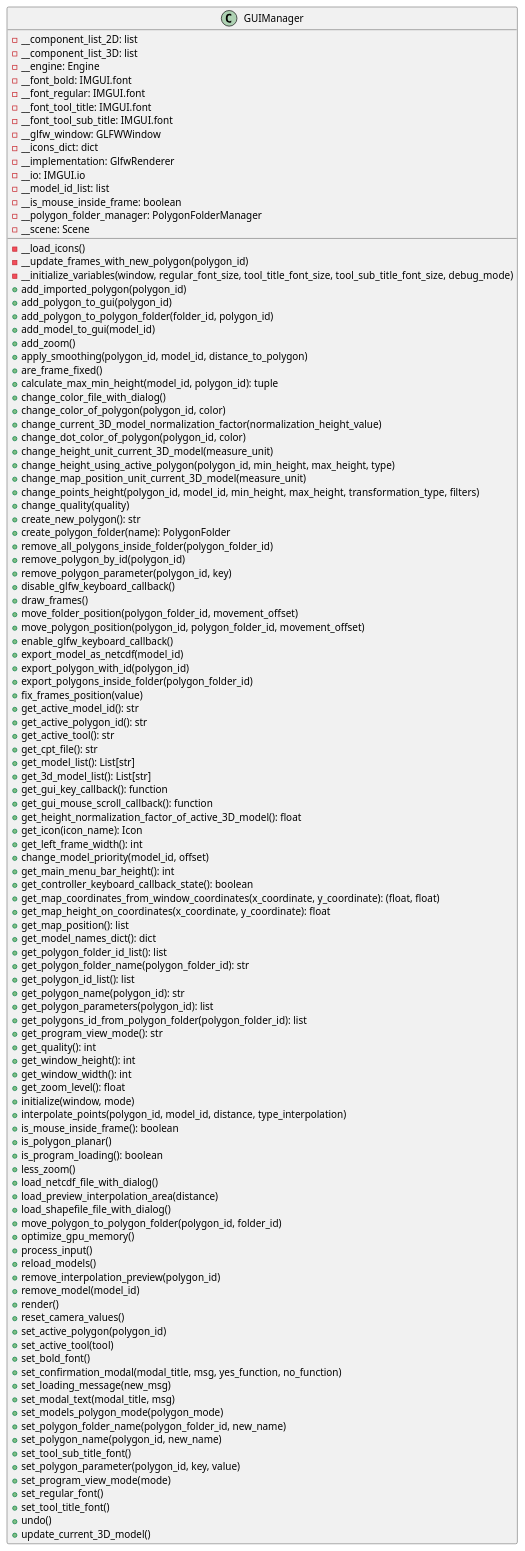
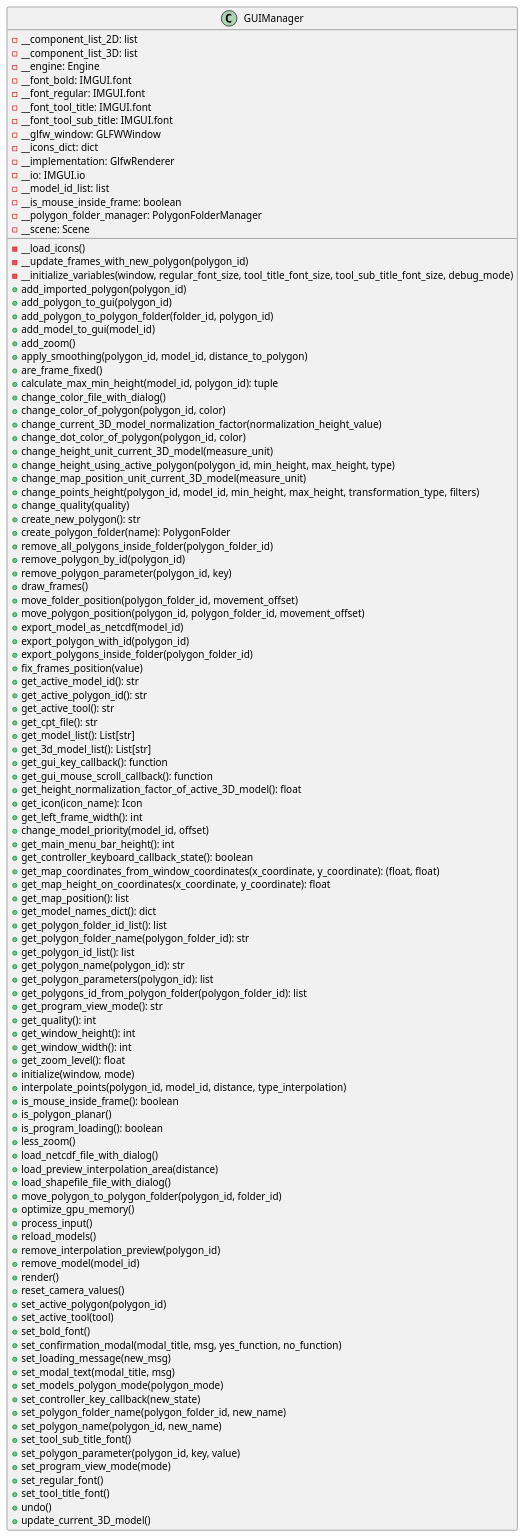
Before and after one commit to ferpoble2/Relief_Creator: the diagram in docs/classes/GUIManager.puml, drawn with PlantUML. The commit also changed 11 other files, not shown here.

First line of the commit message:
Changed enable/disable method to set.

```diff
--- a/docs/classes/GUIManager.puml
+++ b/docs/classes/GUIManager.puml
@@ -1,117 +1,116 @@
 @startuml
 'https://plantuml.com/class-diagram
 class GUIManager{
     - __component_list_2D: list
     - __component_list_3D: list
     - __engine: Engine
     - __font_bold: IMGUI.font
     - __font_regular: IMGUI.font
     - __font_tool_title: IMGUI.font
     - __font_tool_sub_title: IMGUI.font
     - __glfw_window: GLFWWindow
     - __icons_dict: dict
     - __implementation: GlfwRenderer
     - __io: IMGUI.io
     - __model_id_list: list
     - __is_mouse_inside_frame: boolean
     - __polygon_folder_manager: PolygonFolderManager
     - __scene: Scene
 
     - __load_icons()
     - __update_frames_with_new_polygon(polygon_id)
     - __initialize_variables(window, regular_font_size, tool_title_font_size, tool_sub_title_font_size, debug_mode)
     + add_imported_polygon(polygon_id)
     + add_polygon_to_gui(polygon_id)
     + add_polygon_to_polygon_folder(folder_id, polygon_id)
     + add_model_to_gui(model_id)
     + add_zoom()
     + apply_smoothing(polygon_id, model_id, distance_to_polygon)
     + are_frame_fixed()
     + calculate_max_min_height(model_id, polygon_id): tuple
     + change_color_file_with_dialog()
     + change_color_of_polygon(polygon_id, color)
     + change_current_3D_model_normalization_factor(normalization_height_value)
     + change_dot_color_of_polygon(polygon_id, color)
     + change_height_unit_current_3D_model(measure_unit)
     + change_height_using_active_polygon(polygon_id, min_height, max_height, type)
     + change_map_position_unit_current_3D_model(measure_unit)
     + change_points_height(polygon_id, model_id, min_height, max_height, transformation_type, filters)
     + change_quality(quality)
     + create_new_polygon(): str
     + create_polygon_folder(name): PolygonFolder
     + remove_all_polygons_inside_folder(polygon_folder_id)
     + remove_polygon_by_id(polygon_id)
     + remove_polygon_parameter(polygon_id, key)
-    + disable_glfw_keyboard_callback()
     + draw_frames()
     + move_folder_position(polygon_folder_id, movement_offset)
     + move_polygon_position(polygon_id, polygon_folder_id, movement_offset)
-    + enable_glfw_keyboard_callback()
     + export_model_as_netcdf(model_id)
     + export_polygon_with_id(polygon_id)
     + export_polygons_inside_folder(polygon_folder_id)
     + fix_frames_position(value)
     + get_active_model_id(): str
     + get_active_polygon_id(): str
     + get_active_tool(): str
     + get_cpt_file(): str
     + get_model_list(): List[str]
     + get_3d_model_list(): List[str]
     + get_gui_key_callback(): function
     + get_gui_mouse_scroll_callback(): function
     + get_height_normalization_factor_of_active_3D_model(): float
     + get_icon(icon_name): Icon
     + get_left_frame_width(): int
     + change_model_priority(model_id, offset)
     + get_main_menu_bar_height(): int
     + get_controller_keyboard_callback_state(): boolean
     + get_map_coordinates_from_window_coordinates(x_coordinate, y_coordinate): (float, float)
     + get_map_height_on_coordinates(x_coordinate, y_coordinate): float
     + get_map_position(): list
     + get_model_names_dict(): dict
     + get_polygon_folder_id_list(): list
     + get_polygon_folder_name(polygon_folder_id): str
     + get_polygon_id_list(): list
     + get_polygon_name(polygon_id): str
     + get_polygon_parameters(polygon_id): list
     + get_polygons_id_from_polygon_folder(polygon_folder_id): list
     + get_program_view_mode(): str
     + get_quality(): int
     + get_window_height(): int
     + get_window_width(): int
     + get_zoom_level(): float
     + initialize(window, mode)
     + interpolate_points(polygon_id, model_id, distance, type_interpolation)
     + is_mouse_inside_frame(): boolean
     + is_polygon_planar()
     + is_program_loading(): boolean
     + less_zoom()
     + load_netcdf_file_with_dialog()
     + load_preview_interpolation_area(distance)
     + load_shapefile_file_with_dialog()
     + move_polygon_to_polygon_folder(polygon_id, folder_id)
     + optimize_gpu_memory()
     + process_input()
     + reload_models()
     + remove_interpolation_preview(polygon_id)
     + remove_model(model_id)
     + render()
     + reset_camera_values()
     + set_active_polygon(polygon_id)
     + set_active_tool(tool)
     + set_bold_font()
     + set_confirmation_modal(modal_title, msg, yes_function, no_function)
     + set_loading_message(new_msg)
     + set_modal_text(modal_title, msg)
     + set_models_polygon_mode(polygon_mode)
+    + set_controller_key_callback(new_state)
     + set_polygon_folder_name(polygon_folder_id, new_name)
     + set_polygon_name(polygon_id, new_name)
     + set_tool_sub_title_font()
     + set_polygon_parameter(polygon_id, key, value)
     + set_program_view_mode(mode)
     + set_regular_font()
     + set_tool_title_font()
     + undo()
     + update_current_3D_model()
 }
 @enduml
```
